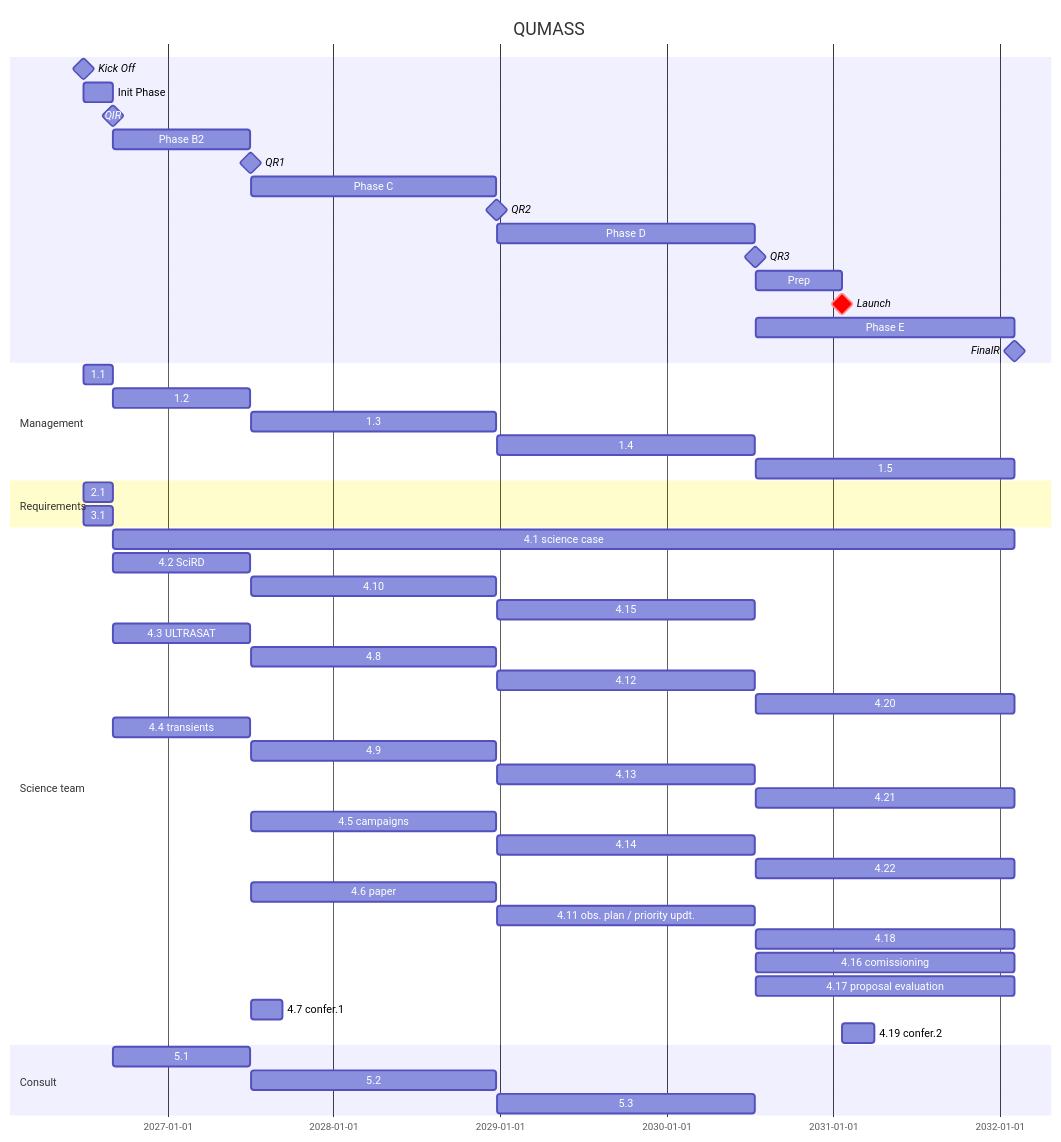
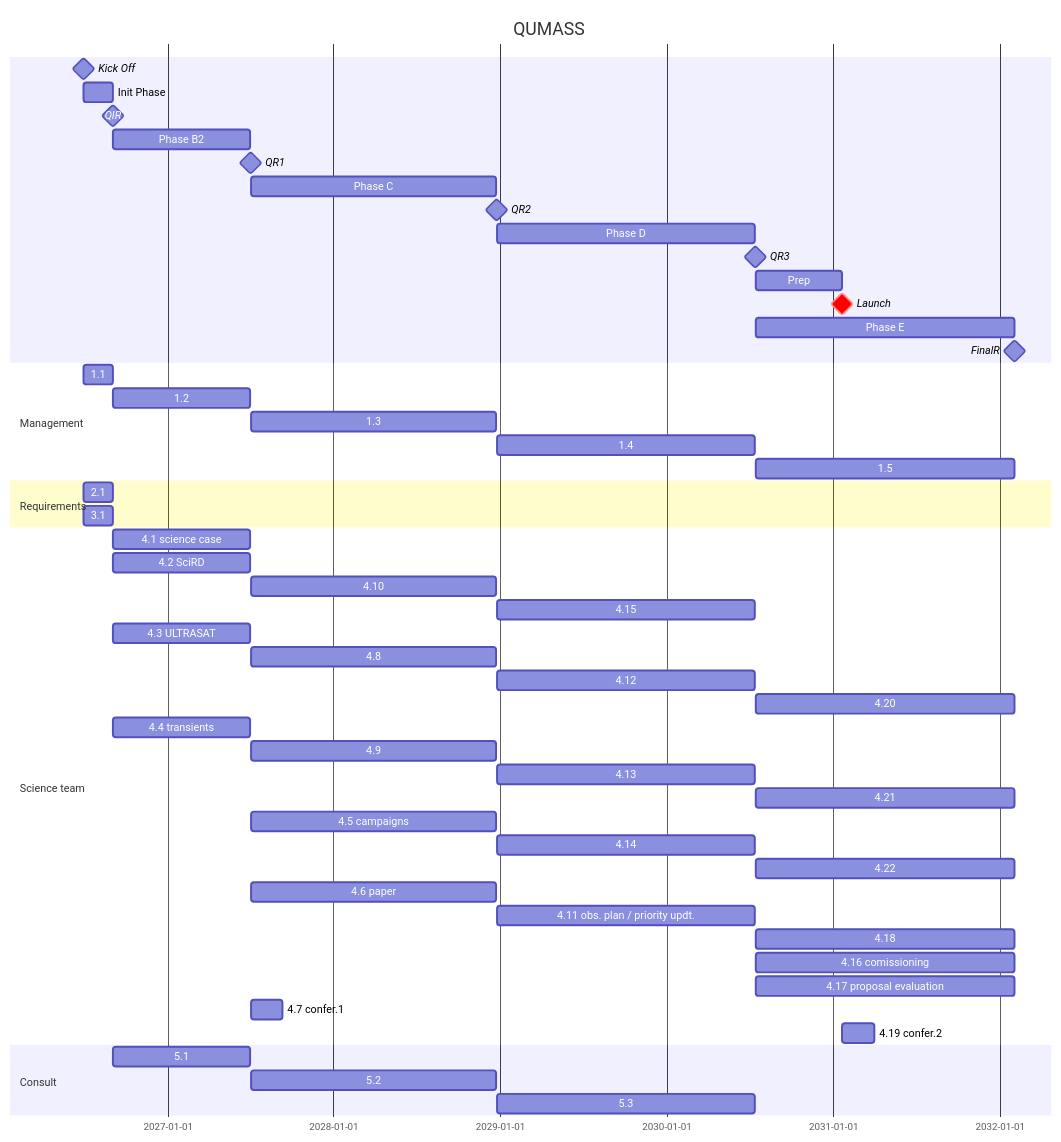
The diagram in calib/Science.md (limu007/quvik), drawn with Mermaid before and after one commit.

````diff
--- a/calib/Science.md
+++ b/calib/Science.md
@@ -1,56 +1,56 @@
 ```mermaid
 gantt
     title QUMASS
     dateFormat  YYYY-MM-DD
     Kick Off : milestone, ko, 2026-07-01, 1d
     Init Phase : b1, after ko, 9w
     QIR : milestone, ir, after b1, 1d
     Phase B2 : b2, after ir, 43w
     QR1 : milestone, pdr, after b2, 1d
     Phase C : c1, after pdr, 77w
     QR2 : milestone, cdr, after c1, 1d
     Phase D : d1, after cdr, 81w
     QR3 : milestone, far, after d1, 1d
     Prep : prep, after far, 27w
     Launch : crit, milestone, frr, after prep, 1d
     Phase E : e1, after far, 81w
     FinalR : milestone, fr, after e1, 1d
 
     section Management
     1.1 : after ko, until ir
     1.2 : after ir, until pdr
     1.3 : after pdr, until cdr
     1.4 : after cdr, until far
     1.5 : after far, until fr
     section Requirements
     2.1 : after ko, until ir
     3.1 : after ko, until ir
     section Science team
-    4.1 science case : after ir, until fr
+    4.1 science case : after ir, until pdr
     4.2 SciRD : after ir, until pdr
     4.10 : after pdr, until cdr
     4.15 : after cdr, until far
     4.3 ULTRASAT : after ir, until pdr
     4.8 : after pdr, until cdr
     4.12 : after cdr, until far
     4.20 : after far, until fr
     4.4 transients : after ir, until pdr
     4.9 : after pdr, until cdr
     4.13 : after cdr, until far
     4.21 : after far, until fr
     4.5 campaigns : after pdr, until cdr
     4.14 : after cdr, until far
     4.22 : after far, until fr
     4.6 paper : after pdr, until cdr
     4.11 obs. plan / priority updt. : after cdr, until far
     4.18 : after far, until fr
     4.16 comissioning : after far, until fr
     4.17 proposal evaluation : after far, until fr
     4.7 confer.1 : after pdr, 10w
     4.19 confer.2 : after frr, 10w
     section Consult
     5.1 : after ir, until pdr
     5.2 : after pdr, until cdr
     5.3 : after cdr, until far
     
 ```
````
